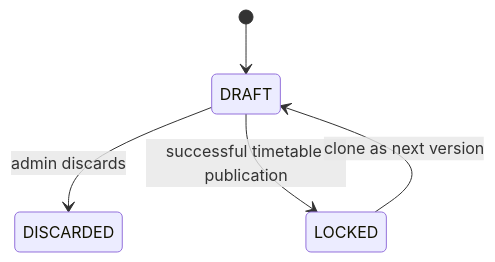
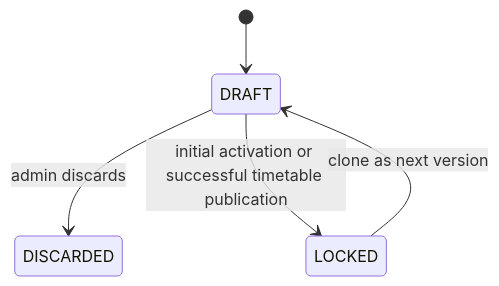
One commit to Aryan0699/Software_Project changed the first of 2 diagrams in URAS_TECHNICAL_DESIGN.md. Above: the diagram before and after it, drawn with Mermaid. The commit also changed other lines of this file and 37 other files, not shown here.

````diff
--- a/URAS_TECHNICAL_DESIGN.md
+++ b/URAS_TECHNICAL_DESIGN.md
@@ -235,7 +235,7 @@
 ```mermaid
 stateDiagram-v2
   [*] --> DRAFT
   DRAFT --> DISCARDED: admin discards
-  DRAFT --> LOCKED: successful timetable publication
+  DRAFT --> LOCKED: initial activation or successful timetable publication
   LOCKED --> DRAFT: clone as next version
 ```
````
